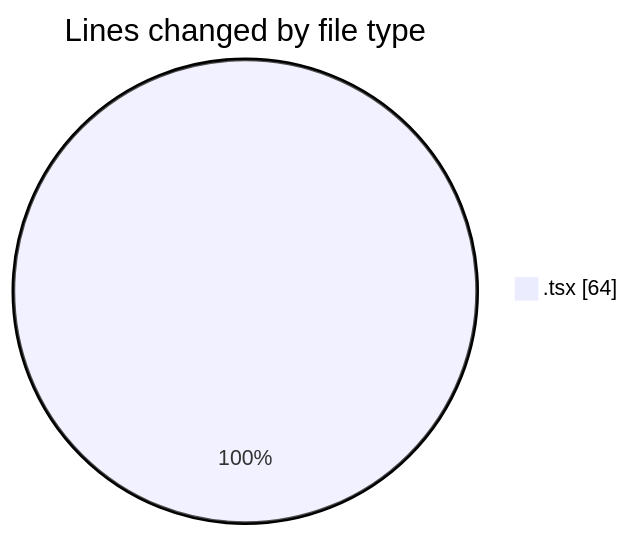
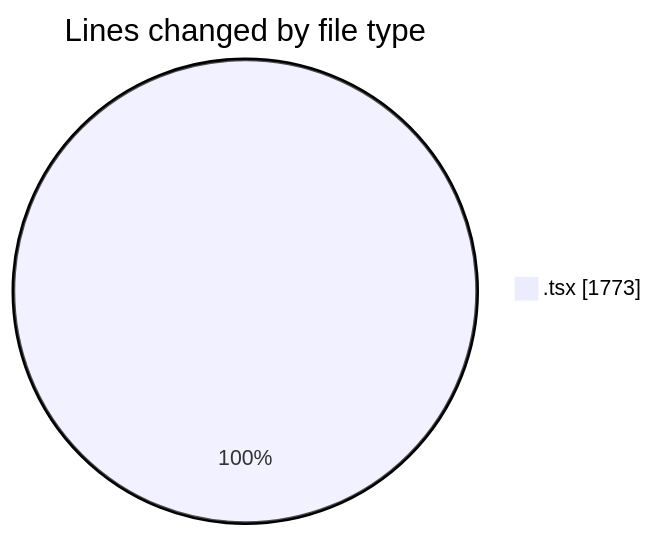
The first of 2 diagrams in 2026-04-22/nxtqube_webapp/README.md (nxtqubesakshisongat/code-tracking), drawn with Mermaid before and after one commit. The commit also changed other lines of this file and 1 other file, not shown here.

````diff
--- a/2026-04-22/nxtqube_webapp/README.md
+++ b/2026-04-22/nxtqube_webapp/README.md
@@ -20,5 +21,5 @@
 ```mermaid
 pie showData
 title Lines changed by file type
-".tsx" : 64
+".tsx" : 1773
 ```
````
